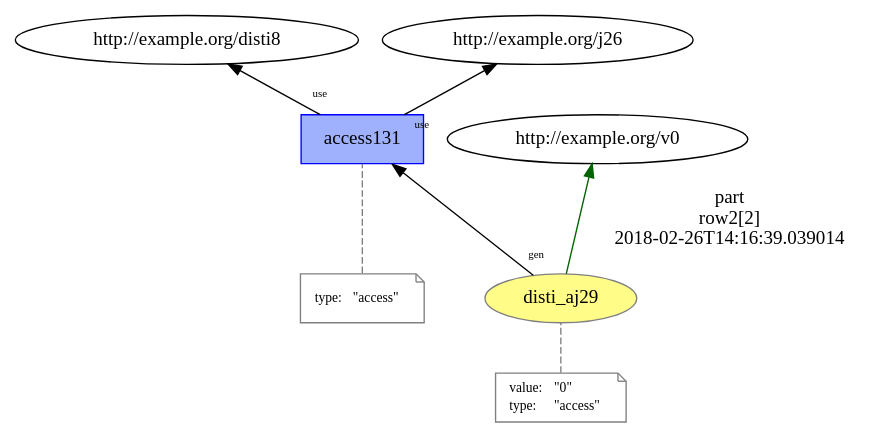
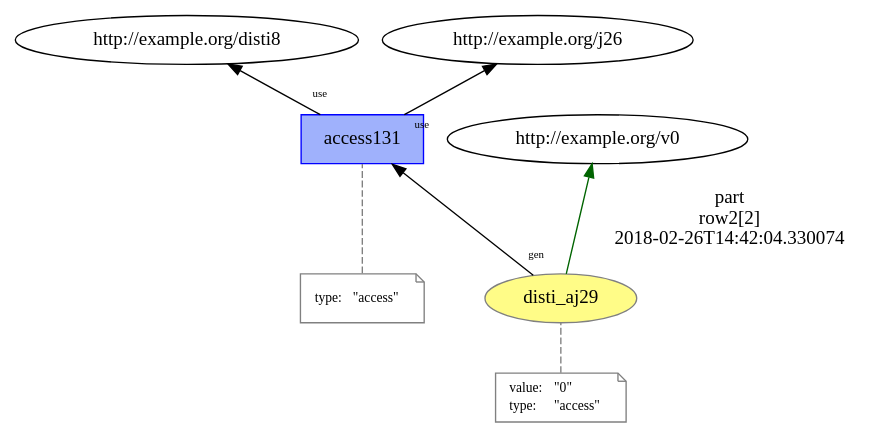
One commit to dew-uff/versioned-prov changed the diagram in mutable_prov/temp/L15__access26.dot. Above: the diagram before and after it, drawn with Graphviz. The commit also changed 527 other files, not shown here.

```diff
--- a/mutable_prov/temp/L15__access26.dot
+++ b/mutable_prov/temp/L15__access26.dot
@@ -1,28 +1,28 @@
 digraph "PROV" { size="16,12"; rankdir="BT";
 "http://example.org/disti_aj29" [fillcolor="#FFFC87",color="#808080",style="filled",label="disti_aj29",URL="http://example.org/disti_aj29"]
 "-attrs0" [color="gray",shape="note",fontsize="10",fontcolor="black",label=<<TABLE cellpadding="0" border="0">
 	<TR>
 	    <TD align="left">value:</TD>
 	    <TD align="left">&quot;0&quot;</TD>
 	</TR>
 	<TR>
 	    <TD align="left">type:</TD>
 	    <TD align="left">&quot;access&quot;</TD>
 	</TR>
 </TABLE>>]
 "-attrs0" -> "http://example.org/disti_aj29" [color="gray",style="dashed",arrowhead="none"]
 "http://example.org/disti_aj29" -> "http://example.org/v0" [labelfontsize="8",labeldistance="1.5",color="darkgreen",labelangle="60.0",rotation="20",label="part
 row2[2]
-2018-02-26T14:16:39.039014"]
+2018-02-26T14:42:04.330074"]
 "http://example.org/access131" [fillcolor="#9FB1FC",color="#0000FF",shape="polygon",sides="4",style="filled",label="access131",URL="http://example.org/access131"]
 "-attrs1" [color="gray",shape="note",fontsize="10",fontcolor="black",label=<<TABLE cellpadding="0" border="0">
 	<TR>
 	    <TD align="left">type:</TD>
 	    <TD align="left">&quot;access&quot;</TD>
 	</TR>
 </TABLE>>]
 "-attrs1" -> "http://example.org/access131" [color="gray",style="dashed",arrowhead="none"]
 "http://example.org/access131" -> "http://example.org/disti8" [labelfontsize="8",labeldistance="1.5",labelangle="60.0",rotation="20",taillabel="use"]
 "http://example.org/access131" -> "http://example.org/j26" [labelfontsize="8",labeldistance="1.5",labelangle="60.0",rotation="20",taillabel="use"]
 "http://example.org/disti_aj29" -> "http://example.org/access131" [labelfontsize="8",labeldistance="1.5",labelangle="60.0",rotation="20",taillabel="gen"]
 }
```
